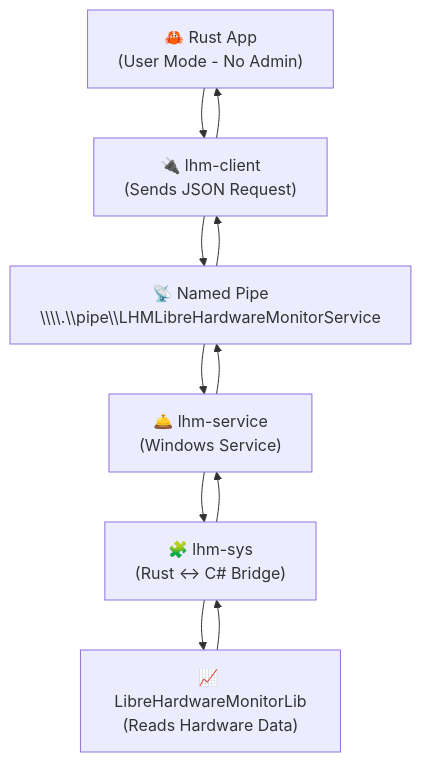
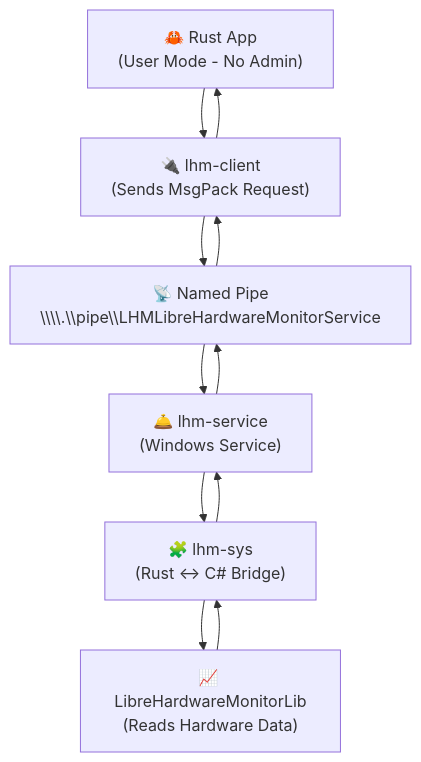
Before and after one commit to jacobtread/lhm-service: the diagram in README.md, drawn with Mermaid. The commit also changed other lines of this file and 6 other files, not shown here.

````diff
--- a/README.md
+++ b/README.md
@@ -18,21 +18,21 @@
 ```mermaid
 flowchart TD
     App["🦀 Rust App<br/>(User Mode - No Admin)"]
-    Client["🔌 lhm-client<br/>(Sends JSON Request)"]
+    Client["🔌 lhm-client<br/>(Sends MsgPack Request)"]
     Pipe["📡 Named Pipe<br/>\\\\.\\pipe\\LHMLibreHardwareMonitorService"]
     Service["🛎️ lhm-service<br/>(Windows Service)"]
     FFI["🧩 lhm-sys<br/>(Rust ↔ C# Bridge)"]
     Monitor["📈 LibreHardwareMonitorLib<br/>(Reads Hardware Data)"]
 
     App --> Client
     Client --> Pipe
     Pipe --> Service
     Service --> FFI
     FFI --> Monitor
 
     Monitor --> FFI
     FFI --> Service
     Service --> Pipe
     Pipe --> Client
     Client --> App
 ```
````
